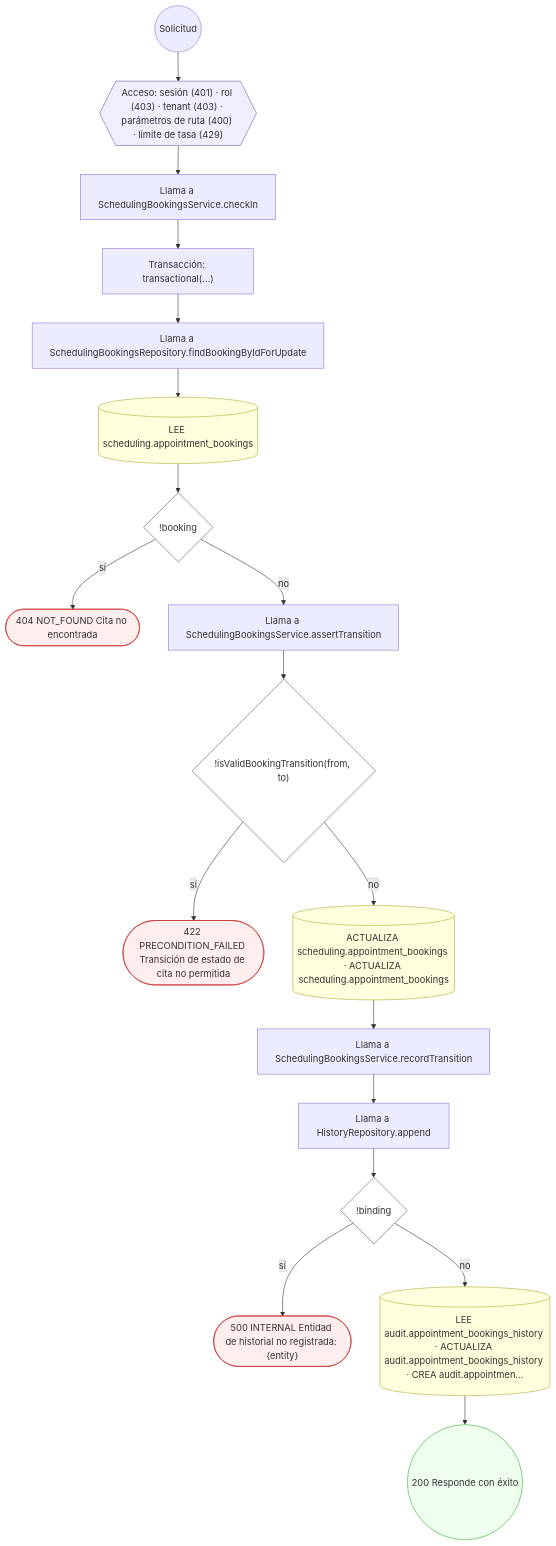
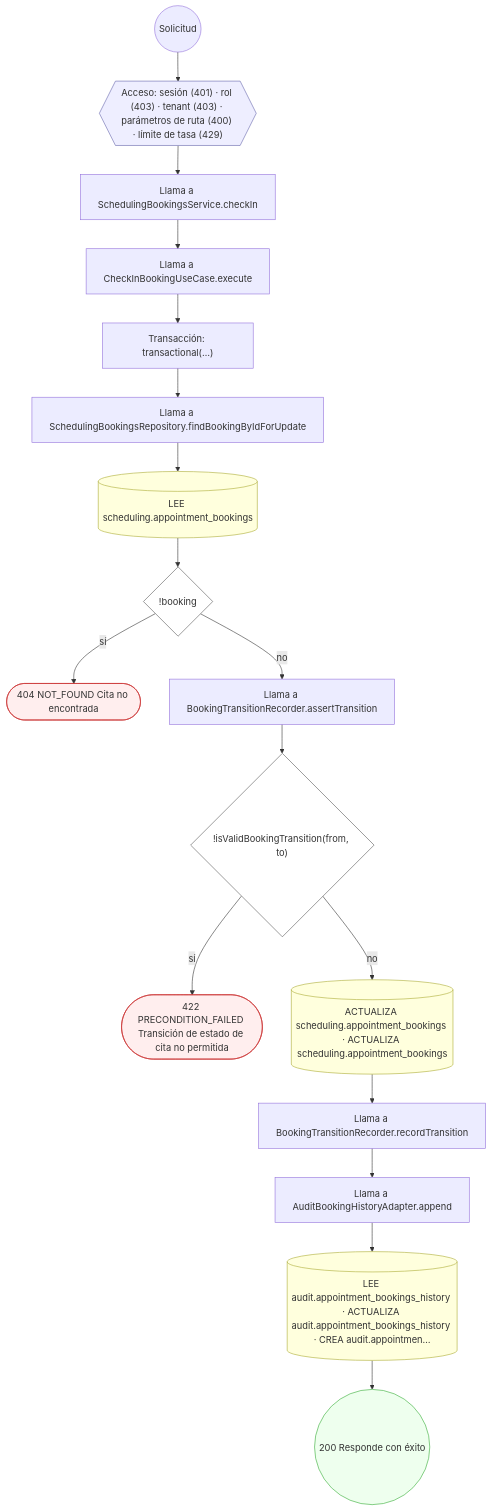
One commit to mdavila-2001/mantra-core-health-api changed diagram 13 of 57 in docs/inventario/flujos/scheduling.md. Above: the diagram before and after it, drawn with Mermaid. The commit also changed other lines of this file and 451 other files, not shown here.

````diff
--- a/docs/inventario/flujos/scheduling.md
+++ b/docs/inventario/flujos/scheduling.md
@@ -1411,44 +1689,42 @@
 ```mermaid
 flowchart TD
   n1(("Solicitud")):::inicio
   n2{{"Acceso: sesión (401) · rol (403) · tenant (403) · parámetros de ruta (400) · límite de tasa (429)"}}:::acceso
   n1 --> n2
   n3["Llama a SchedulingBookingsService.checkIn"]:::llamada
   n2 --> n3
-  n4["Transacción: transactional(…)"]:::transaccion
+  n4["Llama a CheckInBookingUseCase.execute"]:::llamada
   n3 --> n4
-  n5["Llama a SchedulingBookingsRepository.findBookingByIdForUpdate"]:::llamada
+  n5["Transacción: transactional(…)"]:::transaccion
   n4 --> n5
-  n6[("LEE scheduling.appointment_bookings")]:::efecto
+  n6["Llama a SchedulingBookingsRepository.findBookingByIdForUpdate"]:::llamada
   n5 --> n6
-  n7{"!booking"}:::decision
+  n7[("LEE scheduling.appointment_bookings")]:::efecto
   n6 --> n7
-  n8(["404 NOT_FOUND Cita no encontrada"]):::error
-  n7 -->|"sí"| n8
-  n9["Llama a SchedulingBookingsService.assertTransition"]:::llamada
-  n7 -->|"no"| n9
-  n10{"!isValidBookingTransition(from, to)"}:::decision
-  n9 --> n10
-  n11(["422 PRECONDITION_FAILED Transición de estado de cita no permitida"]):::error
-  n10 -->|"sí"| n11
-  n12[("ACTUALIZA scheduling.appointment_bookings · ACTUALIZA scheduling.appointment_bookings")]:::efecto
-  n10 -->|"no"| n12
-  n13["Llama a SchedulingBookingsService.recordTransition"]:::llamada
-  n12 --> n13
-  n14["Llama a HistoryRepository.append"]:::llamada
+  n8{"!booking"}:::decision
+  n7 --> n8
+  n9(["404 NOT_FOUND Cita no encontrada"]):::error
+  n8 -->|"sí"| n9
+  n10["Llama a BookingTransitionRecorder.assertTransition"]:::llamada
+  n8 -->|"no"| n10
+  n11{"!isValidBookingTransition(from, to)"}:::decision
+  n10 --> n11
+  n12(["422 PRECONDITION_FAILED Transición de estado de cita no permitida"]):::error
+  n11 -->|"sí"| n12
+  n13[("ACTUALIZA scheduling.appointment_bookings · ACTUALIZA scheduling.appointment_bookings")]:::efecto
+  n11 -->|"no"| n13
+  n14["Llama a BookingTransitionRecorder.recordTransition"]:::llamada
   n13 --> n14
-  n15{"!binding"}:::decision
+  n15["Llama a AuditBookingHistoryAdapter.append"]:::llamada
   n14 --> n15
-  n16(["500 INTERNAL Entidad de historial no registrada: {entity}"]):::error
-  n15 -->|"sí"| n16
-  n17[("LEE audit.appointment_bookings_history · ACTUALIZA audit.appointment_bookings_history · CREA audit.appointmen…")]:::efecto
-  n15 -->|"no"| n17
-  n18(("200 Responde con éxito")):::ok
-  n17 --> n18
+  n16[("LEE audit.appointment_bookings_history · ACTUALIZA audit.appointment_bookings_history · CREA audit.appointmen…")]:::efecto
+  n15 --> n16
+  n17(("200 Responde con éxito")):::ok
+  n16 --> n17
   classDef acceso fill:#eef,stroke:#66a
   classDef error fill:#fee,stroke:#c33
   classDef ok fill:#efe,stroke:#3a3
   classDef efecto fill:#ffd,stroke:#aa3
   classDef decision fill:#fff,stroke:#555
   classDef corte fill:#eee,stroke:#999,stroke-dasharray: 4
 ```
````
